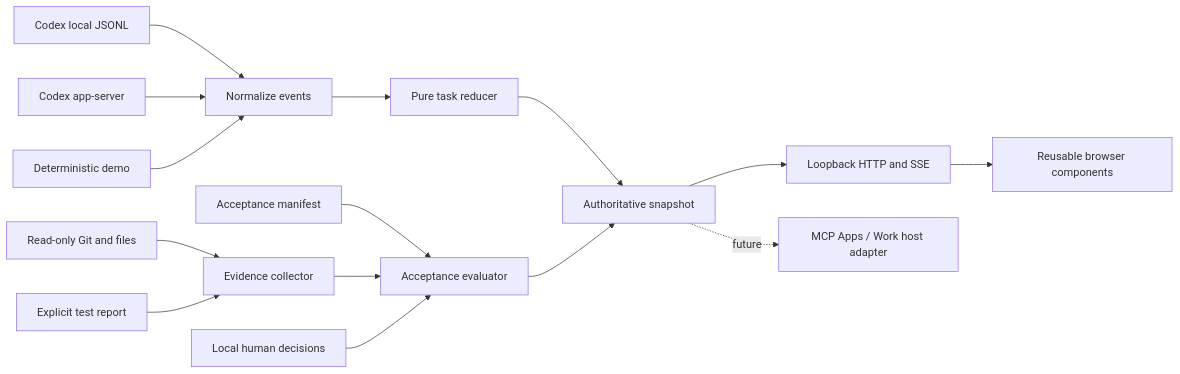
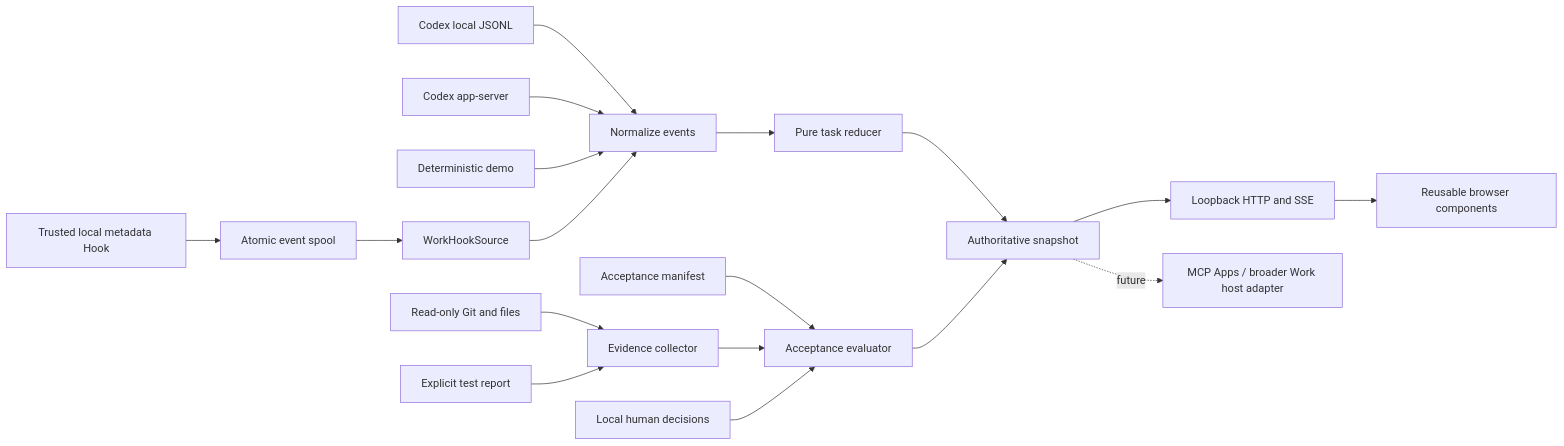
The diagram in docs/ARCHITECTURE.md (Huamucuo/agent-progress-studio), drawn with Mermaid before and after one commit. The commit also changed other lines of this file and 19 other files, not shown here.

First line of the commit message:
Connect Work locally Hook metadata to the live dashboard

````diff
--- a/docs/ARCHITECTURE.md
+++ b/docs/ARCHITECTURE.md
@@ -5,17 +5,20 @@
 ```mermaid
 flowchart LR
   A[Codex local JSONL] --> N[Normalize events]
   B[Codex app-server] --> N
   C[Deterministic demo] --> N
+  P[Trusted local metadata Hook] --> F[Atomic event spool]
+  F --> K[WorkHookSource]
+  K --> N
   N --> T[Pure task reducer]
   G[Read-only Git and files] --> E[Evidence collector]
   R[Explicit test report] --> E
   M[Acceptance manifest] --> V[Acceptance evaluator]
   E --> V
   H[Local human decisions] --> V
   T --> S[Authoritative snapshot]
   V --> S
   S --> L[Loopback HTTP and SSE]
   L --> U[Reusable browser components]
-  S -. future .-> X[MCP Apps / Work host adapter]
+  S -. future .-> X[MCP Apps / broader Work host adapter]
 ```
````
